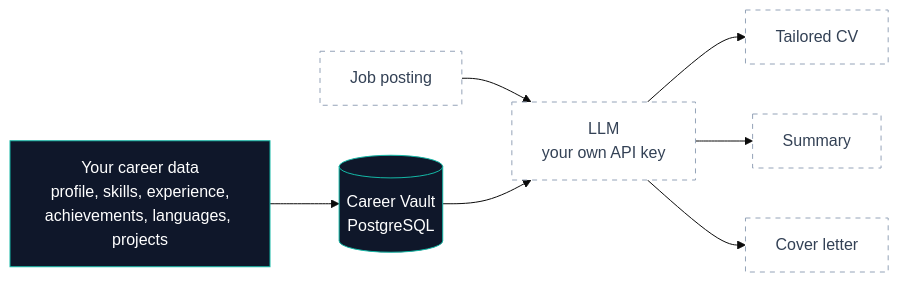
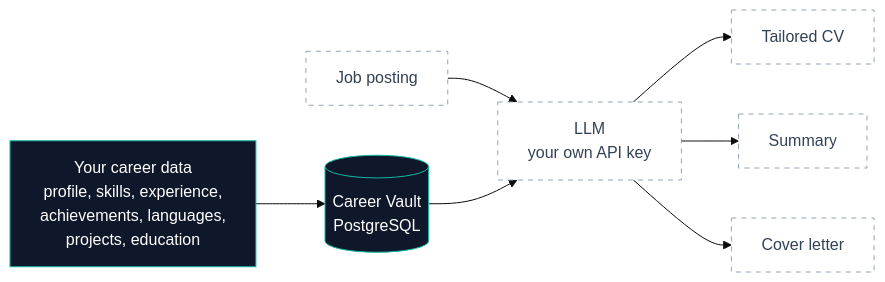
The first of 2 diagrams in README.md (GioStack/career-copilot), drawn with Mermaid (base theme) before and after one commit. The commit also changed other lines of this file, not shown here.

Commit message:
docs: add education to README status

````diff
--- a/README.md
+++ b/README.md
@@ -15,14 +15,14 @@
 ```mermaid
 flowchart LR
-    A["Your career data<br/>profile, skills, experience,<br/>achievements, languages, projects"] --> B[("Career Vault<br/>PostgreSQL")]
+    A["Your career data<br/>profile, skills, experience,<br/>achievements, languages,<br/>projects, education"] --> B[("Career Vault<br/>PostgreSQL")]
     J["Job posting"] --> C["LLM<br/>your own API key"]
     B --> C
     C --> D["Tailored CV"]
     C --> E["Summary"]
     C --> F["Cover letter"]
 
     classDef done fill:#0F172A,stroke:#14B8A6,color:#fff
     classDef next fill:#fff,stroke:#94A3B8,color:#334155,stroke-dasharray: 5 5
     class A,B done
     class J,C,D,E,F next
 ```
````
